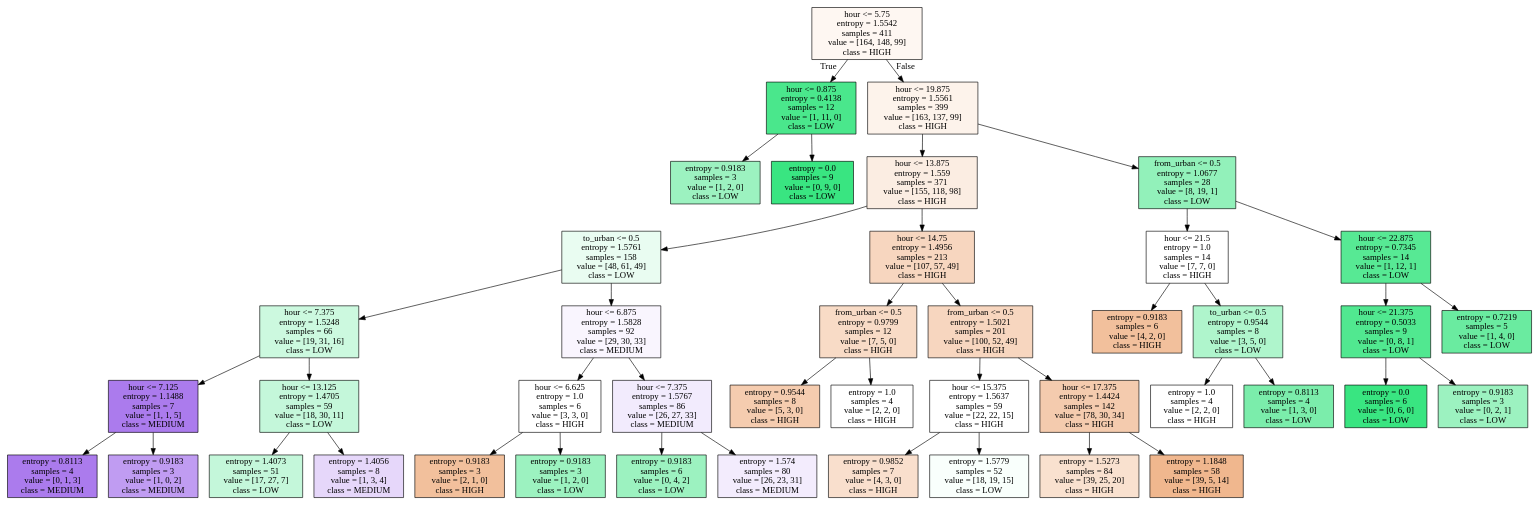
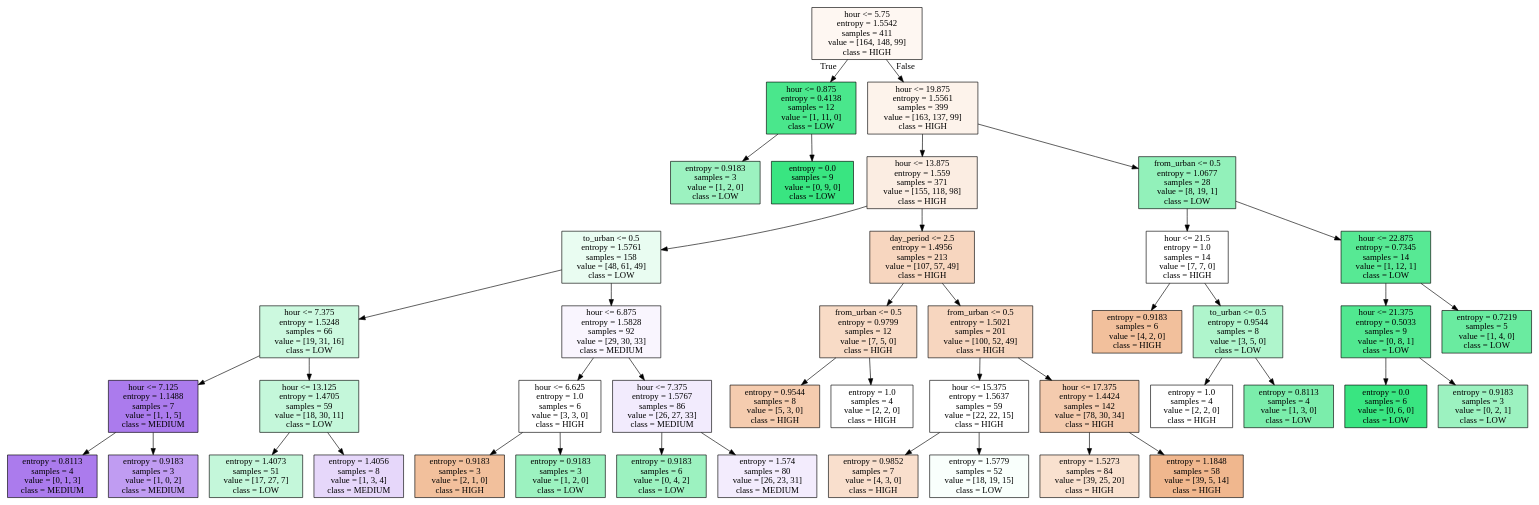
One commit to alexdaube/BelgianTrainsOccupancy changed the diagram in FRIDAY_iris.dot. Above: the diagram before and after it, drawn with Graphviz. The commit also changed 4 other files, not shown here.

```diff
--- a/FRIDAY_iris.dot
+++ b/FRIDAY_iris.dot
@@ -1,88 +1,88 @@
 digraph Tree {
 node [shape=box, style="filled", color="black"] ;
 0 [label="hour <= 5.75\nentropy = 1.5542\nsamples = 411\nvalue = [164, 148, 99]\nclass = HIGH", fillcolor="#e5813910"] ;
 1 [label="hour <= 0.875\nentropy = 0.4138\nsamples = 12\nvalue = [1, 11, 0]\nclass = LOW", fillcolor="#39e581e8"] ;
 0 -> 1 [labeldistance=2.5, labelangle=45, headlabel="True"] ;
 2 [label="entropy = 0.9183\nsamples = 3\nvalue = [1, 2, 0]\nclass = LOW", fillcolor="#39e5817f"] ;
 1 -> 2 ;
 3 [label="entropy = 0.0\nsamples = 9\nvalue = [0, 9, 0]\nclass = LOW", fillcolor="#39e581ff"] ;
 1 -> 3 ;
 4 [label="hour <= 19.875\nentropy = 1.5561\nsamples = 399\nvalue = [163, 137, 99]\nclass = HIGH", fillcolor="#e5813919"] ;
 0 -> 4 [labeldistance=2.5, labelangle=-45, headlabel="False"] ;
 5 [label="hour <= 13.875\nentropy = 1.559\nsamples = 371\nvalue = [155, 118, 98]\nclass = HIGH", fillcolor="#e5813925"] ;
 4 -> 5 ;
 6 [label="to_urban <= 0.5\nentropy = 1.5761\nsamples = 158\nvalue = [48, 61, 49]\nclass = LOW", fillcolor="#39e5811c"] ;
 5 -> 6 ;
 7 [label="hour <= 7.375\nentropy = 1.5248\nsamples = 66\nvalue = [19, 31, 16]\nclass = LOW", fillcolor="#39e58141"] ;
 6 -> 7 ;
 8 [label="hour <= 7.125\nentropy = 1.1488\nsamples = 7\nvalue = [1, 1, 5]\nclass = MEDIUM", fillcolor="#8139e5aa"] ;
 7 -> 8 ;
 9 [label="entropy = 0.8113\nsamples = 4\nvalue = [0, 1, 3]\nclass = MEDIUM", fillcolor="#8139e5aa"] ;
 8 -> 9 ;
 10 [label="entropy = 0.9183\nsamples = 3\nvalue = [1, 0, 2]\nclass = MEDIUM", fillcolor="#8139e57f"] ;
 8 -> 10 ;
 11 [label="hour <= 13.125\nentropy = 1.4705\nsamples = 59\nvalue = [18, 30, 11]\nclass = LOW", fillcolor="#39e5814b"] ;
 7 -> 11 ;
 12 [label="entropy = 1.4073\nsamples = 51\nvalue = [17, 27, 7]\nclass = LOW", fillcolor="#39e5814b"] ;
 11 -> 12 ;
 13 [label="entropy = 1.4056\nsamples = 8\nvalue = [1, 3, 4]\nclass = MEDIUM", fillcolor="#8139e533"] ;
 11 -> 13 ;
 14 [label="hour <= 6.875\nentropy = 1.5828\nsamples = 92\nvalue = [29, 30, 33]\nclass = MEDIUM", fillcolor="#8139e50c"] ;
 6 -> 14 ;
 15 [label="hour <= 6.625\nentropy = 1.0\nsamples = 6\nvalue = [3, 3, 0]\nclass = HIGH", fillcolor="#e5813900"] ;
 14 -> 15 ;
 16 [label="entropy = 0.9183\nsamples = 3\nvalue = [2, 1, 0]\nclass = HIGH", fillcolor="#e581397f"] ;
 15 -> 16 ;
 17 [label="entropy = 0.9183\nsamples = 3\nvalue = [1, 2, 0]\nclass = LOW", fillcolor="#39e5817f"] ;
 15 -> 17 ;
 18 [label="hour <= 7.375\nentropy = 1.5767\nsamples = 86\nvalue = [26, 27, 33]\nclass = MEDIUM", fillcolor="#8139e51a"] ;
 14 -> 18 ;
 19 [label="entropy = 0.9183\nsamples = 6\nvalue = [0, 4, 2]\nclass = LOW", fillcolor="#39e5817f"] ;
 18 -> 19 ;
 20 [label="entropy = 1.574\nsamples = 80\nvalue = [26, 23, 31]\nclass = MEDIUM", fillcolor="#8139e518"] ;
 18 -> 20 ;
-21 [label="hour <= 14.75\nentropy = 1.4956\nsamples = 213\nvalue = [107, 57, 49]\nclass = HIGH", fillcolor="#e5813952"] ;
+21 [label="day_period <= 2.5\nentropy = 1.4956\nsamples = 213\nvalue = [107, 57, 49]\nclass = HIGH", fillcolor="#e5813952"] ;
 5 -> 21 ;
 22 [label="from_urban <= 0.5\nentropy = 0.9799\nsamples = 12\nvalue = [7, 5, 0]\nclass = HIGH", fillcolor="#e5813949"] ;
 21 -> 22 ;
 23 [label="entropy = 0.9544\nsamples = 8\nvalue = [5, 3, 0]\nclass = HIGH", fillcolor="#e5813966"] ;
 22 -> 23 ;
 24 [label="entropy = 1.0\nsamples = 4\nvalue = [2, 2, 0]\nclass = HIGH", fillcolor="#e5813900"] ;
 22 -> 24 ;
 25 [label="from_urban <= 0.5\nentropy = 1.5021\nsamples = 201\nvalue = [100, 52, 49]\nclass = HIGH", fillcolor="#e5813952"] ;
 21 -> 25 ;
 26 [label="hour <= 15.375\nentropy = 1.5637\nsamples = 59\nvalue = [22, 22, 15]\nclass = HIGH", fillcolor="#e5813900"] ;
 25 -> 26 ;
 27 [label="entropy = 0.9852\nsamples = 7\nvalue = [4, 3, 0]\nclass = HIGH", fillcolor="#e5813940"] ;
 26 -> 27 ;
 28 [label="entropy = 1.5779\nsamples = 52\nvalue = [18, 19, 15]\nclass = LOW", fillcolor="#39e58107"] ;
 26 -> 28 ;
 29 [label="hour <= 17.375\nentropy = 1.4424\nsamples = 142\nvalue = [78, 30, 34]\nclass = HIGH", fillcolor="#e5813968"] ;
 25 -> 29 ;
 30 [label="entropy = 1.5273\nsamples = 84\nvalue = [39, 25, 20]\nclass = HIGH", fillcolor="#e581393d"] ;
 29 -> 30 ;
 31 [label="entropy = 1.1848\nsamples = 58\nvalue = [39, 5, 14]\nclass = HIGH", fillcolor="#e5813991"] ;
 29 -> 31 ;
 32 [label="from_urban <= 0.5\nentropy = 1.0677\nsamples = 28\nvalue = [8, 19, 1]\nclass = LOW", fillcolor="#39e5818c"] ;
 4 -> 32 ;
 33 [label="hour <= 21.5\nentropy = 1.0\nsamples = 14\nvalue = [7, 7, 0]\nclass = HIGH", fillcolor="#e5813900"] ;
 32 -> 33 ;
 34 [label="entropy = 0.9183\nsamples = 6\nvalue = [4, 2, 0]\nclass = HIGH", fillcolor="#e581397f"] ;
 33 -> 34 ;
 35 [label="to_urban <= 0.5\nentropy = 0.9544\nsamples = 8\nvalue = [3, 5, 0]\nclass = LOW", fillcolor="#39e58166"] ;
 33 -> 35 ;
 36 [label="entropy = 1.0\nsamples = 4\nvalue = [2, 2, 0]\nclass = HIGH", fillcolor="#e5813900"] ;
 35 -> 36 ;
 37 [label="entropy = 0.8113\nsamples = 4\nvalue = [1, 3, 0]\nclass = LOW", fillcolor="#39e581aa"] ;
 35 -> 37 ;
 38 [label="hour <= 22.875\nentropy = 0.7345\nsamples = 14\nvalue = [1, 12, 1]\nclass = LOW", fillcolor="#39e581d8"] ;
 32 -> 38 ;
 39 [label="hour <= 21.375\nentropy = 0.5033\nsamples = 9\nvalue = [0, 8, 1]\nclass = LOW", fillcolor="#39e581df"] ;
 38 -> 39 ;
 40 [label="entropy = 0.0\nsamples = 6\nvalue = [0, 6, 0]\nclass = LOW", fillcolor="#39e581ff"] ;
 39 -> 40 ;
 41 [label="entropy = 0.9183\nsamples = 3\nvalue = [0, 2, 1]\nclass = LOW", fillcolor="#39e5817f"] ;
 39 -> 41 ;
 42 [label="entropy = 0.7219\nsamples = 5\nvalue = [1, 4, 0]\nclass = LOW", fillcolor="#39e581bf"] ;
 38 -> 42 ;
 }
```
